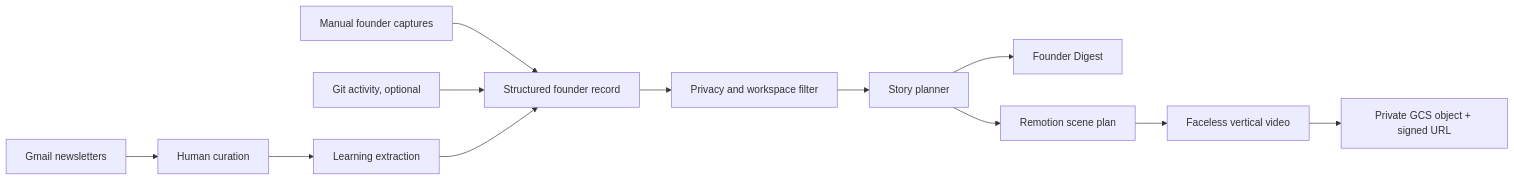
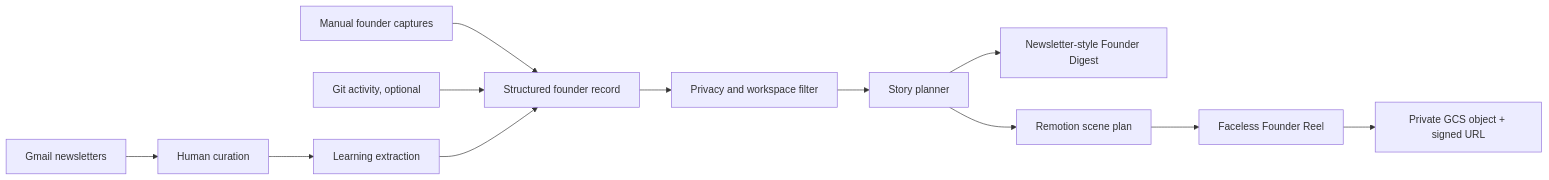
Before and after one commit to erickch123/founder-build-in-public: the diagram in README.md, drawn with Mermaid. The commit also changed other lines of this file and 32 other files, not shown here.

Commit message:
feat: add fixture-to-founder-reel golden path

````diff
--- a/README.md
+++ b/README.md
@@ -24,14 +33,14 @@
 ```mermaid
 flowchart LR
     A[Gmail newsletters] --> B[Human curation]
     C[Manual founder captures] --> D[Structured founder record]
     E[Git activity, optional] --> D
     B --> F[Learning extraction]
     F --> D
     D --> G[Privacy and workspace filter]
     G --> H[Story planner]
-    H --> I[Founder Digest]
+    H --> I[Newsletter-style Founder Digest]
     H --> J[Remotion scene plan]
-    J --> K[Faceless vertical video]
+    J --> K[Faceless Founder Reel]
     K --> L[Private GCS object + signed URL]
 ```
````
